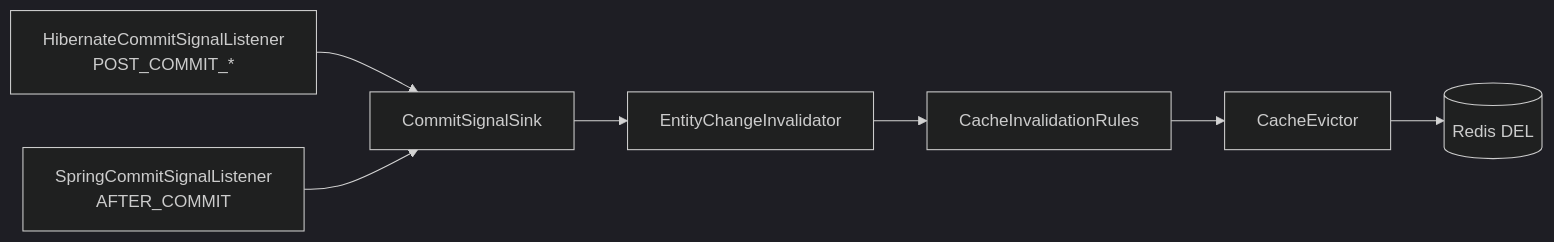
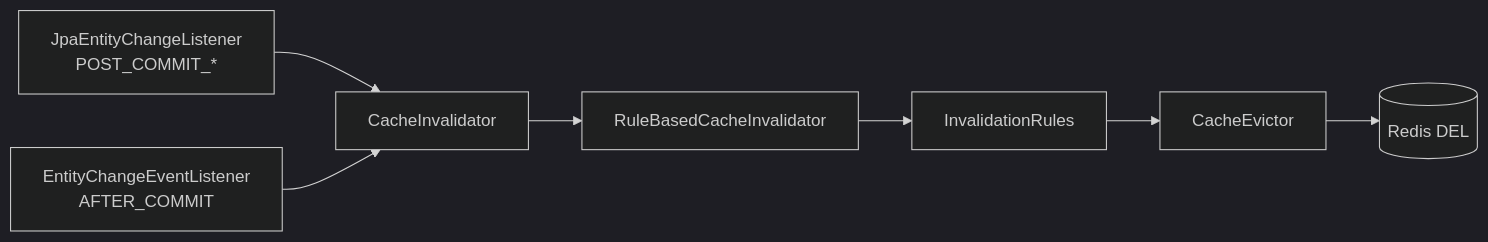
The third of 3 diagrams in spring-cache/cache-invalidation-strategy/write-invalidate/README.md (gmoon92/toy), drawn with Mermaid (dark theme) before and after one commit. The commit also changed other lines of this file and 49 other files, not shown here.

````diff
--- a/spring-cache/cache-invalidation-strategy/write-invalidate/README.md
+++ b/spring-cache/cache-invalidation-strategy/write-invalidate/README.md
@@ -93,9 +93,9 @@
 ```mermaid
 flowchart LR
-    H["HibernateCommitSignalListener<br/>POST_COMMIT_*"] --> S
-    P["SpringCommitSignalListener<br/>AFTER_COMMIT"] --> S
-    S["CommitSignalSink"] --> I[EntityChangeInvalidator]
-    I --> RU[CacheInvalidationRules]
+    H["JpaEntityChangeListener<br/>POST_COMMIT_*"] --> S
+    P["EntityChangeEventListener<br/>AFTER_COMMIT"] --> S
+    S["CacheInvalidator"] --> I[RuleBasedCacheInvalidator]
+    I --> RU[InvalidationRules]
     RU --> EV[CacheEvictor]
     EV --> C[(Redis DEL)]
 ```
````
